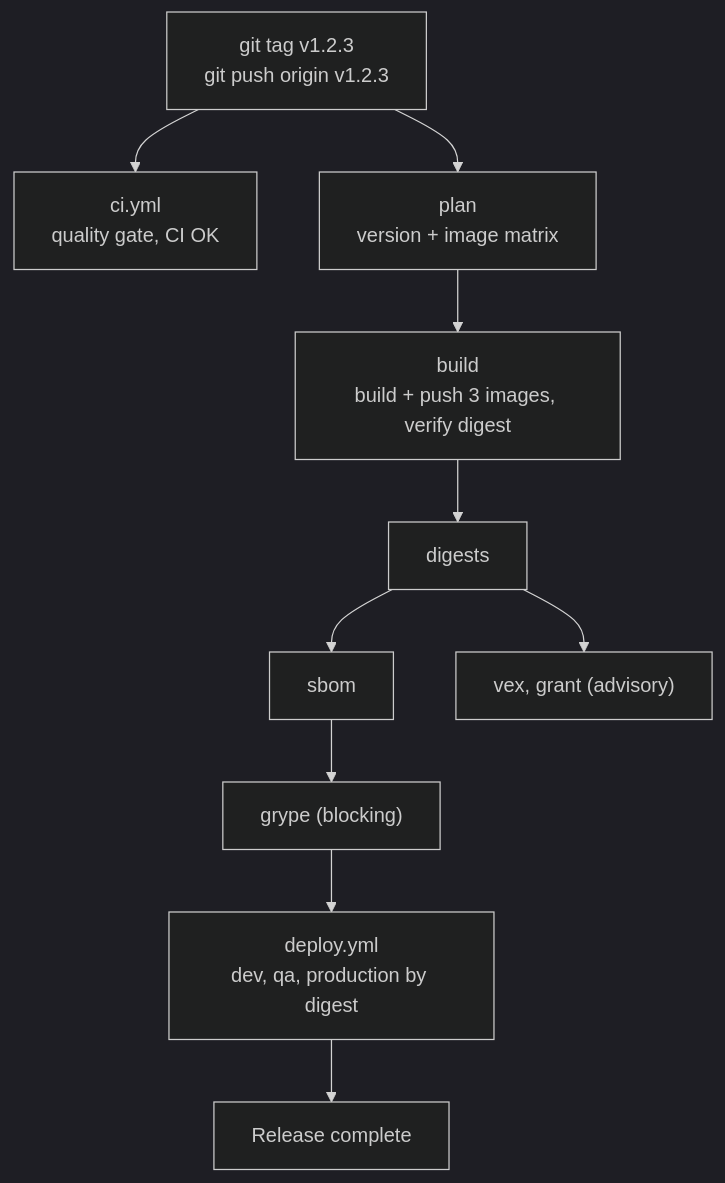
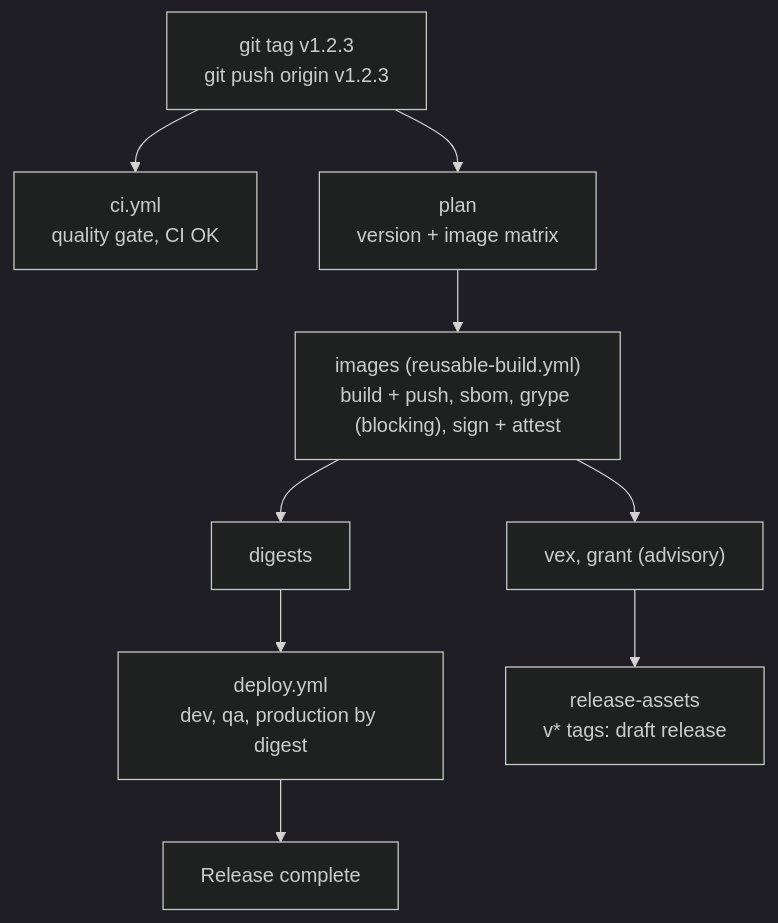
Before and after one commit to berserkhmdvhb/fullstack_template: the second of 2 diagrams in wiki/releasing.md, drawn with Mermaid (dark theme). The commit also changed other lines of this file and 4 other files, not shown here.

Commit message:
docs: describe signing, attestations and release assets

````diff
--- a/wiki/releasing.md
+++ b/wiki/releasing.md
@@ -66,12 +66,11 @@
 ```mermaid
 flowchart TB
     Tag["git tag v1.2.3<br/>git push origin v1.2.3"] --> CI["ci.yml<br/>quality gate, CI OK"]
     Tag --> Plan["plan<br/>version + image matrix"]
-    Plan --> Build["build<br/>build + push 3 images, verify digest"]
-    Build --> Dig["digests"]
-    Dig --> Sbom["sbom"]
-    Sbom --> Grype["grype (blocking)"]
-    Grype --> Deploy["deploy.yml<br/>dev, qa, production by digest"]
-    Dig --> Vex["vex, grant (advisory)"]
+    Plan --> Img["images (reusable-build.yml)<br/>build + push, sbom, grype (blocking), sign + attest"]
+    Img --> Dig["digests"]
+    Dig --> Deploy["deploy.yml<br/>dev, qa, production by digest"]
+    Img --> Vex["vex, grant (advisory)"]
+    Vex --> Assets["release-assets<br/>v* tags: draft release"]
     Deploy --> Done["Release complete"]
 ```
````
